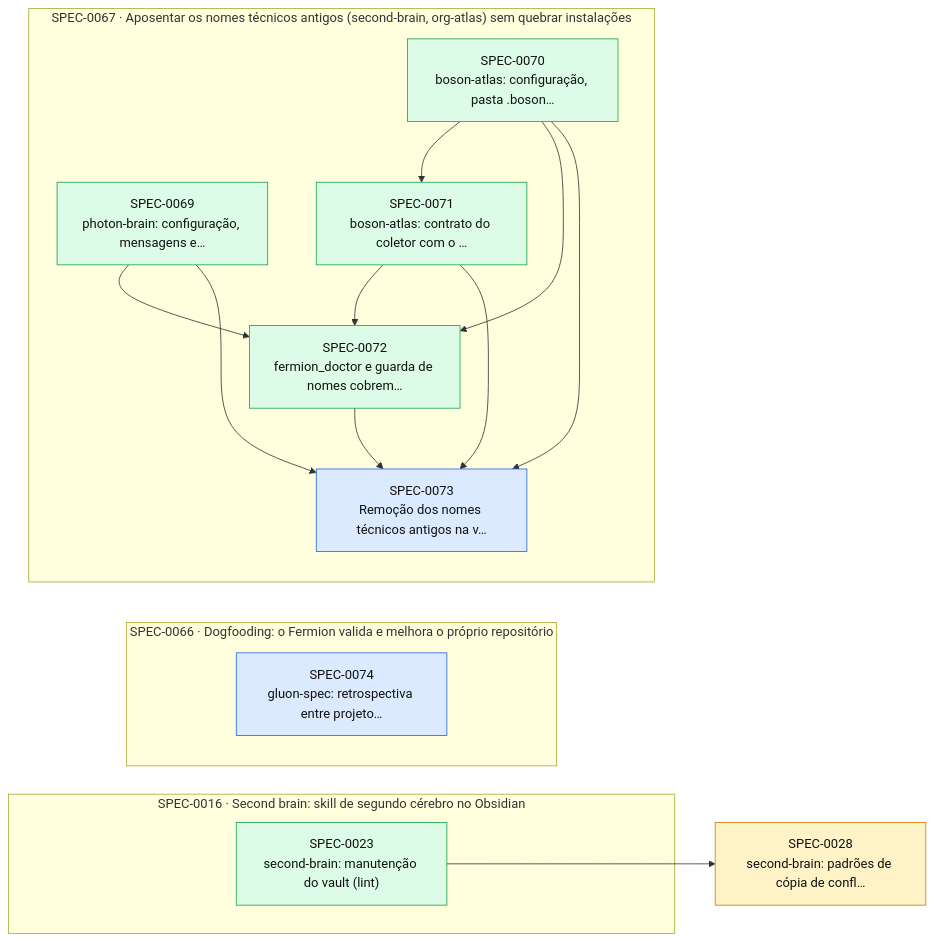
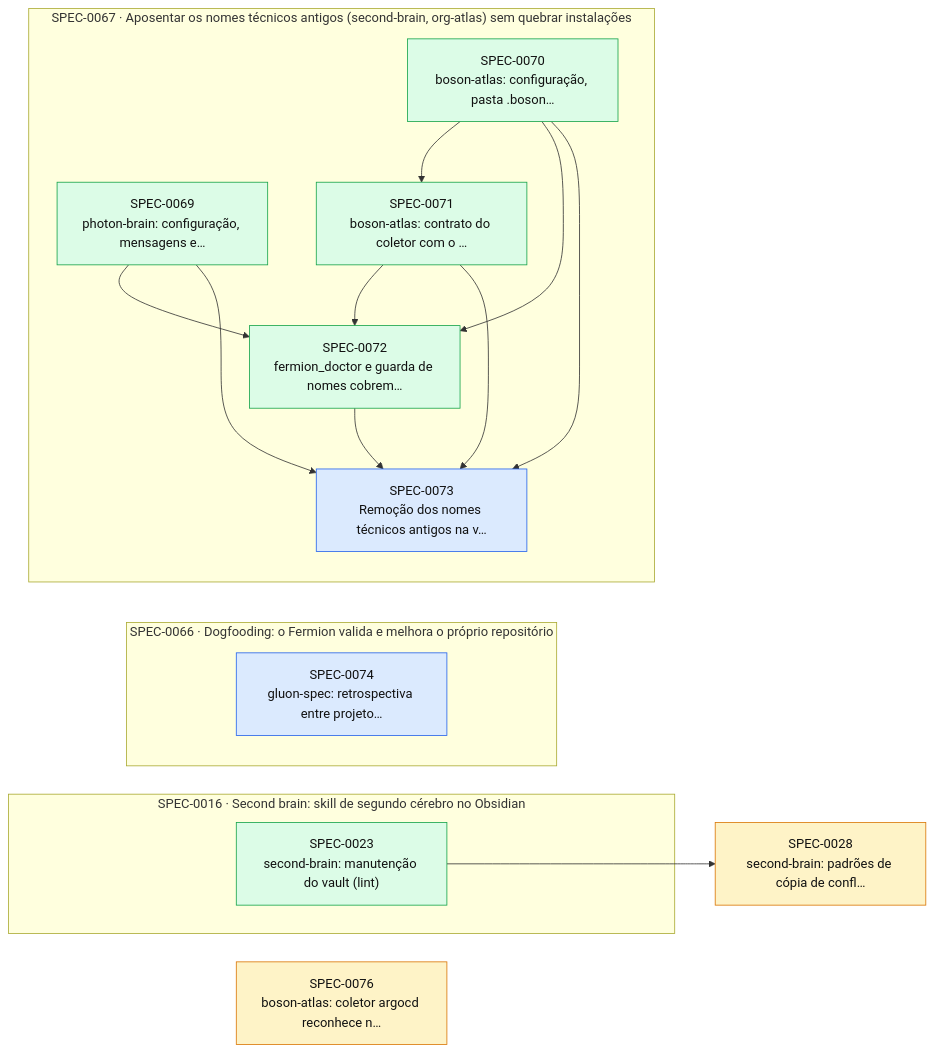
Before and after one commit to thomasravache/ai-dev-brain: the diagram in docs/specs/INDEX.md, drawn with Mermaid. The commit also changed other lines of this file and 3 other files, not shown here.

Commit message:
docs(specs): radar da boson-atlas (acesso e validação, coletor argocd, várias orgs)

````diff
--- a/docs/specs/INDEX.md
+++ b/docs/specs/INDEX.md
@@ -59,31 +62,32 @@
 ```mermaid
 flowchart LR
   S0028["SPEC-0028<br/>second-brain: padrões de cópia de confl…"]:::proposed
+  S0076["SPEC-0076<br/>boson-atlas: coletor argocd reconhece n…"]:::proposed
   subgraph E0016["SPEC-0016 · Second brain: skill de segundo cérebro no Obsidian"]
     S0023["SPEC-0023<br/>second-brain: manutenção do vault (lint)"]:::implemented
   end
   subgraph E0066["SPEC-0066 · Dogfooding: o Fermion valida e melhora o próprio repositório"]
     S0074["SPEC-0074<br/>gluon-spec: retrospectiva entre projeto…"]:::approved
   end
   subgraph E0067["SPEC-0067 · Aposentar os nomes técnicos antigos (second-brain, org-atlas) sem quebrar instalações"]
     S0069["SPEC-0069<br/>photon-brain: configuração, mensagens e…"]:::implemented
     S0070["SPEC-0070<br/>boson-atlas: configuração, pasta .boson…"]:::implemented
     S0071["SPEC-0071<br/>boson-atlas: contrato do coletor com o …"]:::implemented
     S0072["SPEC-0072<br/>fermion_doctor e guarda de nomes cobrem…"]:::implemented
     S0073["SPEC-0073<br/>Remoção dos nomes técnicos antigos na v…"]:::approved
   end
   S0023 --> S0028
   S0070 --> S0071
   S0069 --> S0072
   S0070 --> S0072
   S0071 --> S0072
   S0069 --> S0073
   S0070 --> S0073
   S0071 --> S0073
   S0072 --> S0073
   classDef proposed fill:#fef3c7,stroke:#d97706,color:#111
   classDef approved fill:#dbeafe,stroke:#2563eb,color:#111
   classDef inprogress fill:#ede9fe,stroke:#7c3aed,color:#111
   classDef implemented fill:#dcfce7,stroke:#16a34a,color:#111
   classDef deprecated fill:#f3f4f6,stroke:#9ca3af,color:#6b7280
 ```
````
